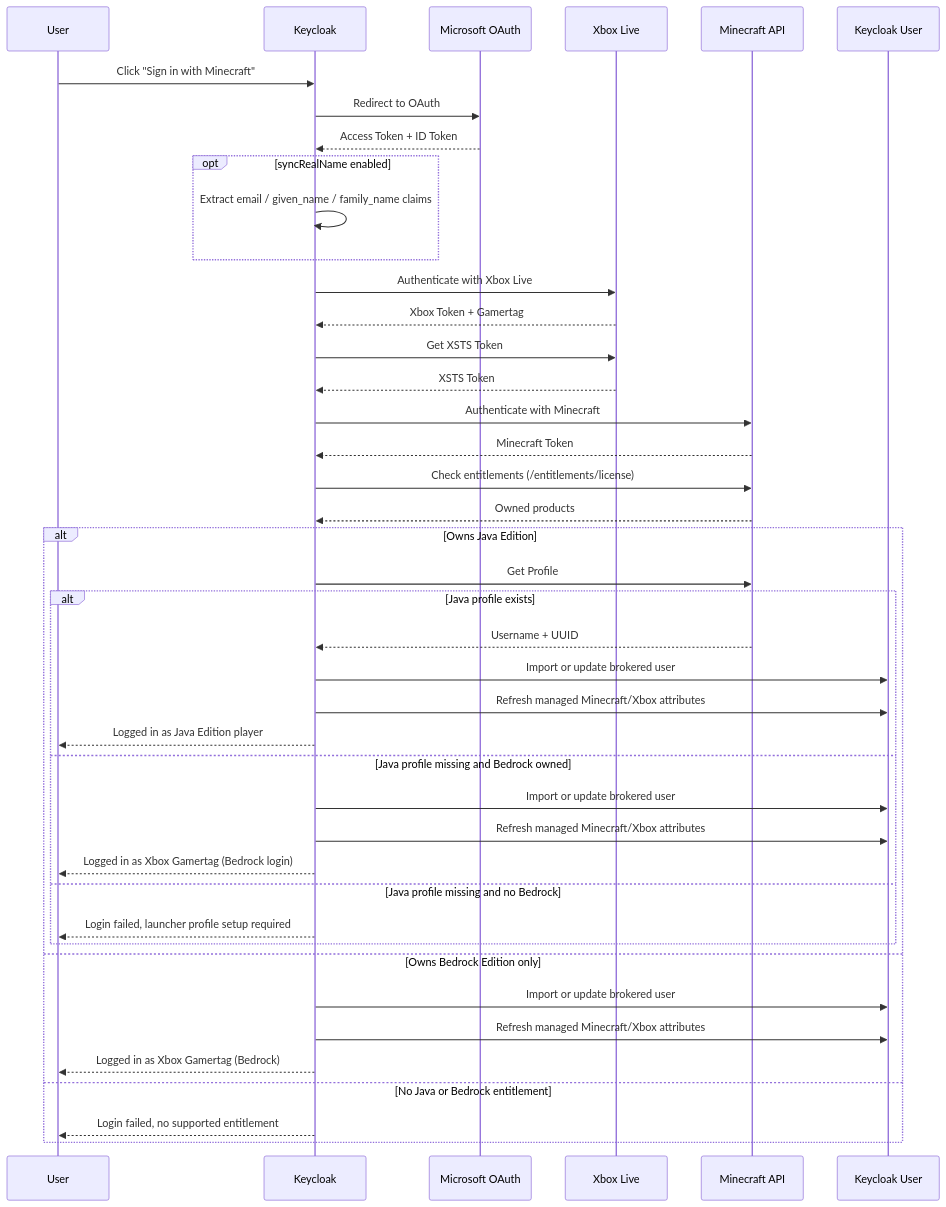
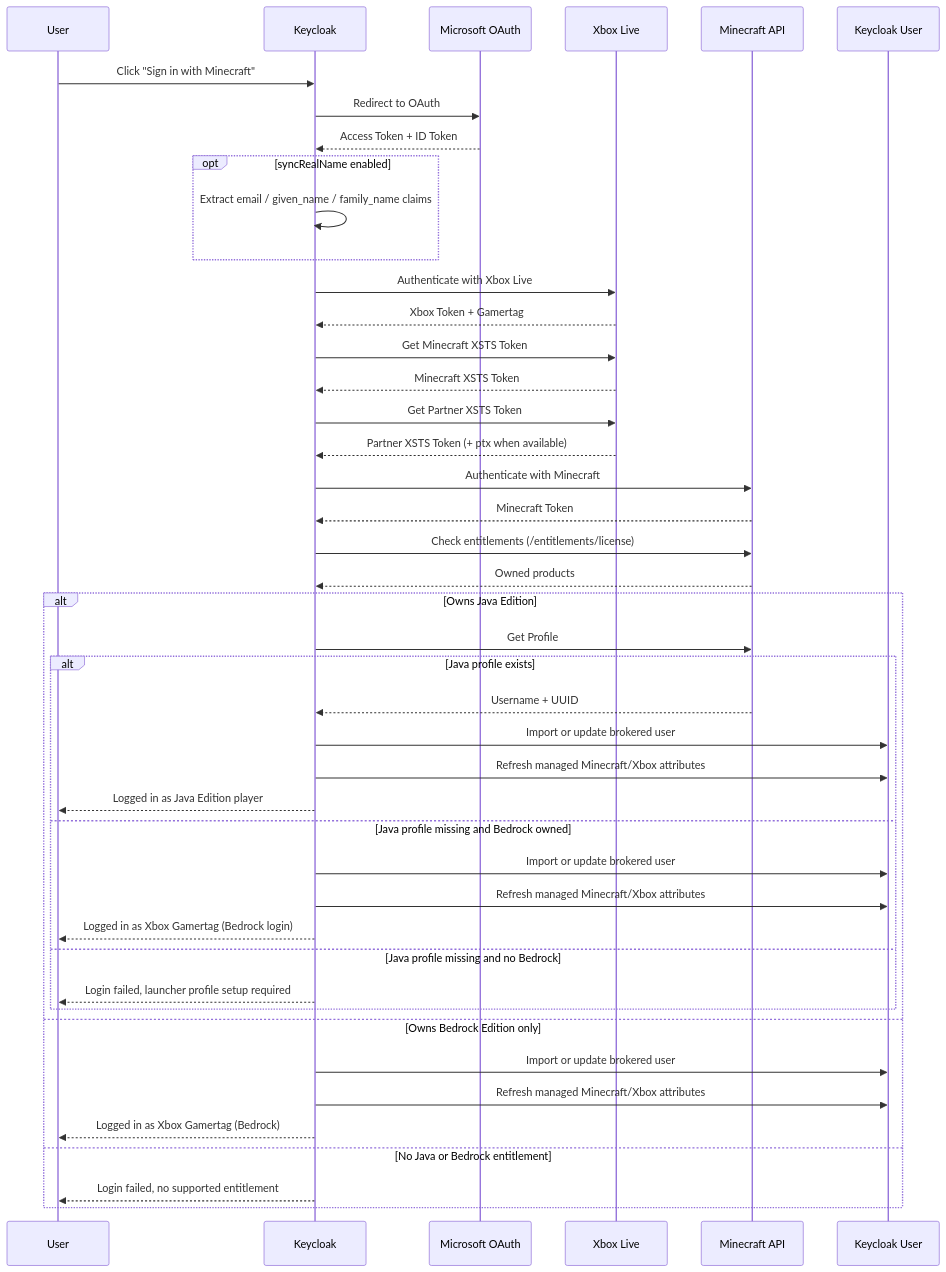
The diagram in README.md (groundsgg/keycloak-minecraft-idp), drawn with Mermaid before and after one commit. The commit also changed other lines of this file and 19 other files, not shown here.

First line of the commit message:
fix!: use partner XSTS ptx for stable account linking (#9)

````diff
--- a/README.md
+++ b/README.md
@@ -43,45 +47,47 @@
 ```mermaid
 sequenceDiagram
     participant User
     participant Keycloak
     participant Microsoft as Microsoft OAuth
     participant Xbox as Xbox Live
     participant MC as Minecraft API
     participant UserStore as Keycloak User
 
     User->>Keycloak: Click "Sign in with Minecraft"
     Keycloak->>Microsoft: Redirect to OAuth
     Microsoft-->>Keycloak: Access Token + ID Token
     opt syncRealName enabled
         Keycloak->>Keycloak: Extract email / given_name / family_name claims
     end
     Keycloak->>Xbox: Authenticate with Xbox Live
     Xbox-->>Keycloak: Xbox Token + Gamertag
-    Keycloak->>Xbox: Get XSTS Token
-    Xbox-->>Keycloak: XSTS Token
+    Keycloak->>Xbox: Get Minecraft XSTS Token
+    Xbox-->>Keycloak: Minecraft XSTS Token
+    Keycloak->>Xbox: Get Partner XSTS Token
+    Xbox-->>Keycloak: Partner XSTS Token (+ ptx when available)
     Keycloak->>MC: Authenticate with Minecraft
     MC-->>Keycloak: Minecraft Token
     Keycloak->>MC: Check entitlements (/entitlements/license)
     MC-->>Keycloak: Owned products
     alt Owns Java Edition
         Keycloak->>MC: Get Profile
         alt Java profile exists
             MC-->>Keycloak: Username + UUID
             Keycloak->>UserStore: Import or update brokered user
             Keycloak->>UserStore: Refresh managed Minecraft/Xbox attributes
             Keycloak-->>User: Logged in as Java Edition player
         else Java profile missing and Bedrock owned
             Keycloak->>UserStore: Import or update brokered user
             Keycloak->>UserStore: Refresh managed Minecraft/Xbox attributes
             Keycloak-->>User: Logged in as Xbox Gamertag (Bedrock login)
         else Java profile missing and no Bedrock
             Keycloak-->>User: Login failed, launcher profile setup required
         end
     else Owns Bedrock Edition only
         Keycloak->>UserStore: Import or update brokered user
         Keycloak->>UserStore: Refresh managed Minecraft/Xbox attributes
         Keycloak-->>User: Logged in as Xbox Gamertag (Bedrock)
     else No Java or Bedrock entitlement
         Keycloak-->>User: Login failed, no supported entitlement
     end
 ```
````
